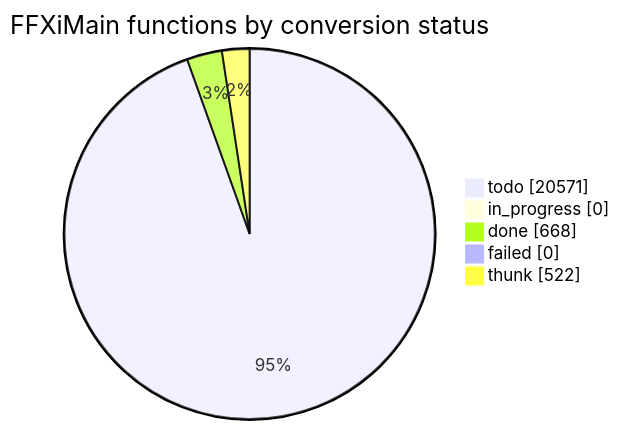
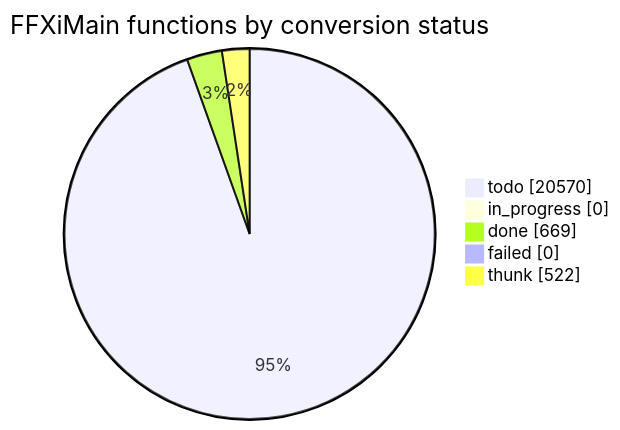
Before and after one commit to cowrevenge/cow_kuluu_xi_anything: the diagram in docs/cow/STATUS.md, drawn with Mermaid. The commit also changed other lines of this file and 9 other files, not shown here.

````diff
--- a/docs/cow/STATUS.md
+++ b/docs/cow/STATUS.md
@@ -18,9 +18,9 @@
 ```mermaid
 pie showData
     title FFXiMain functions by conversion status
-    "todo" : 20571
+    "todo" : 20570
     "in_progress" : 0
-    "done" : 668
+    "done" : 669
     "failed" : 0
     "thunk" : 522
 ```
````
